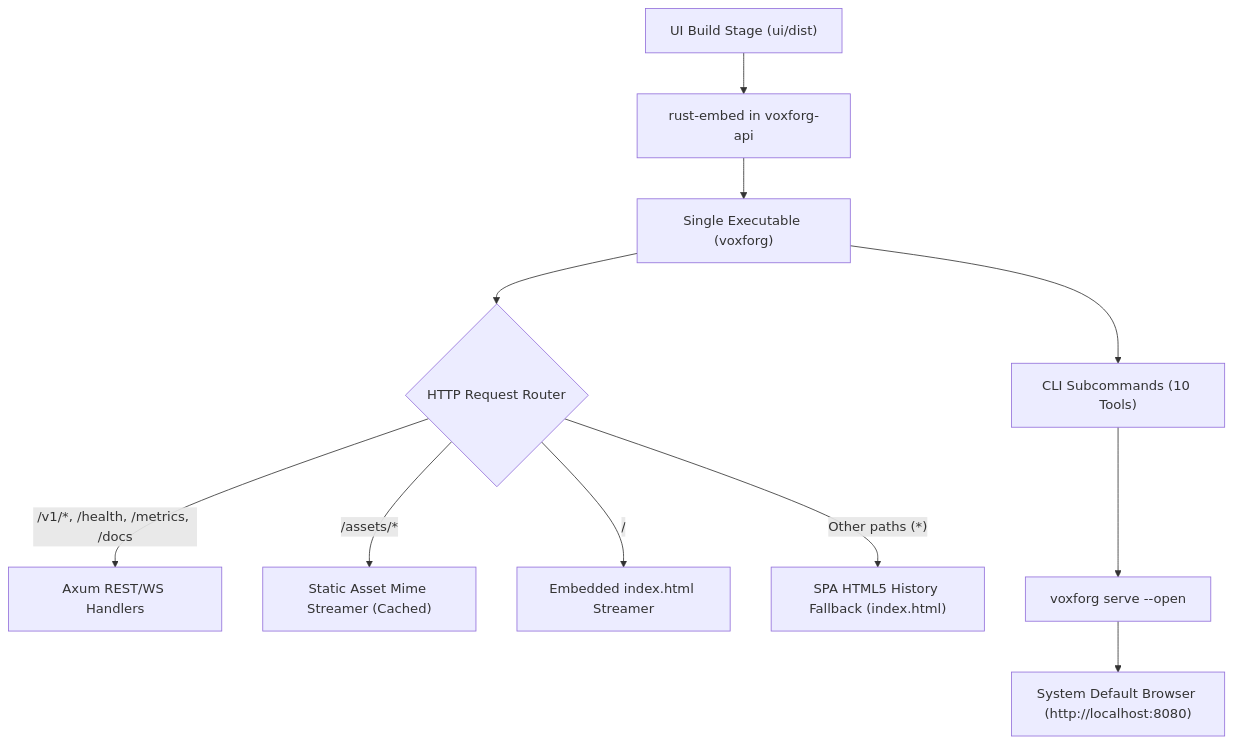
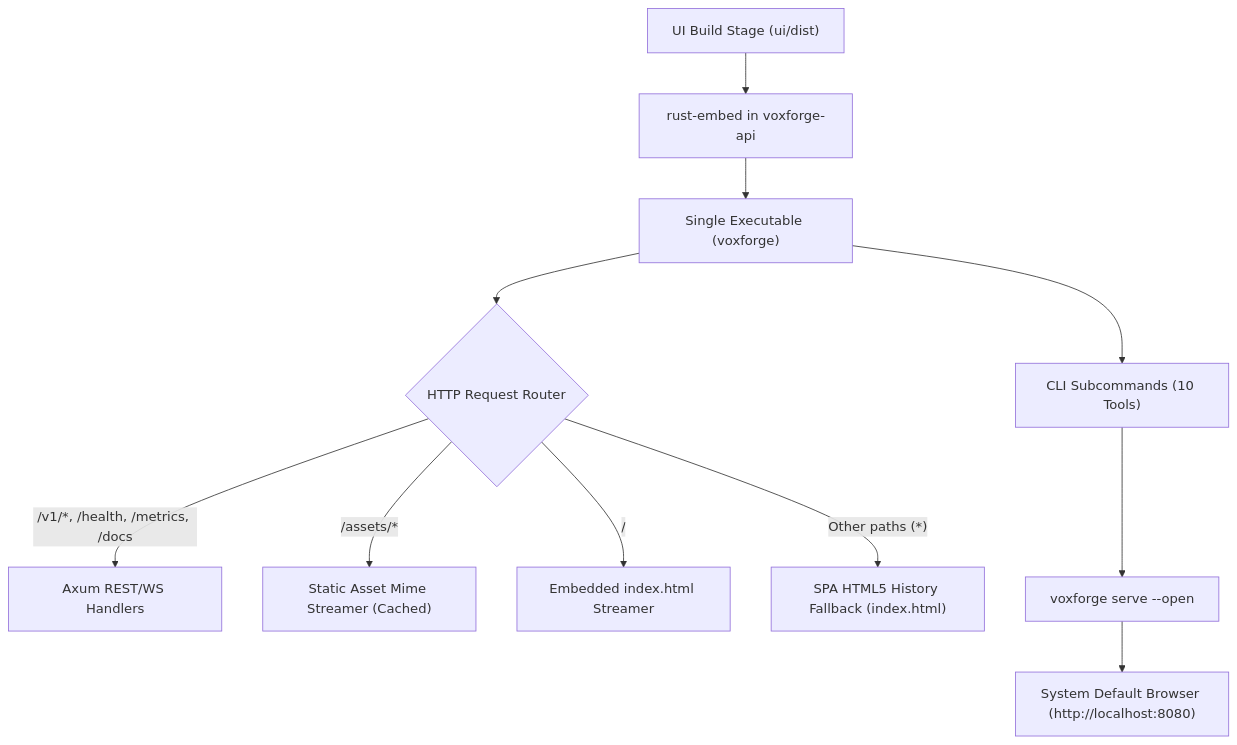
Before and after one commit to AMG555/VoxForge: the seventh of 8 diagrams in docs/architecture.md, drawn with Mermaid. The commit also changed other lines of this file and 294 other files, not shown here.

````diff
--- a/docs/architecture.md
+++ b/docs/architecture.md
@@ -353,15 +353,15 @@
 ```mermaid
 flowchart TD
-    Build["UI Build Stage (ui/dist)"] --> Embed["rust-embed in voxforg-api"]
-    Embed --> Binary["Single Executable (voxforg)"]
+    Build["UI Build Stage (ui/dist)"] --> Embed["rust-embed in voxforge-api"]
+    Embed --> Binary["Single Executable (voxforge)"]
     
     Binary --> WebstationRouter{"HTTP Request Router"}
     WebstationRouter -->|"/v1/*, /health, /metrics, /docs"| ApiHandlers["Axum REST/WS Handlers"]
     WebstationRouter -->|"/assets/*"| AssetHandler["Static Asset Mime Streamer (Cached)"]
     WebstationRouter -->|"/"| IndexHandler["Embedded index.html Streamer"]
     WebstationRouter -->|"Other paths (*)"| FallbackHandler["SPA HTML5 History Fallback (index.html)"]
 
     Binary --> CLI["CLI Subcommands (10 Tools)"]
-    CLI --> Serve["voxforg serve --open"]
+    CLI --> Serve["voxforge serve --open"]
     Serve --> WebBrowser["System Default Browser (http://localhost:8080)"]
 ```
````
